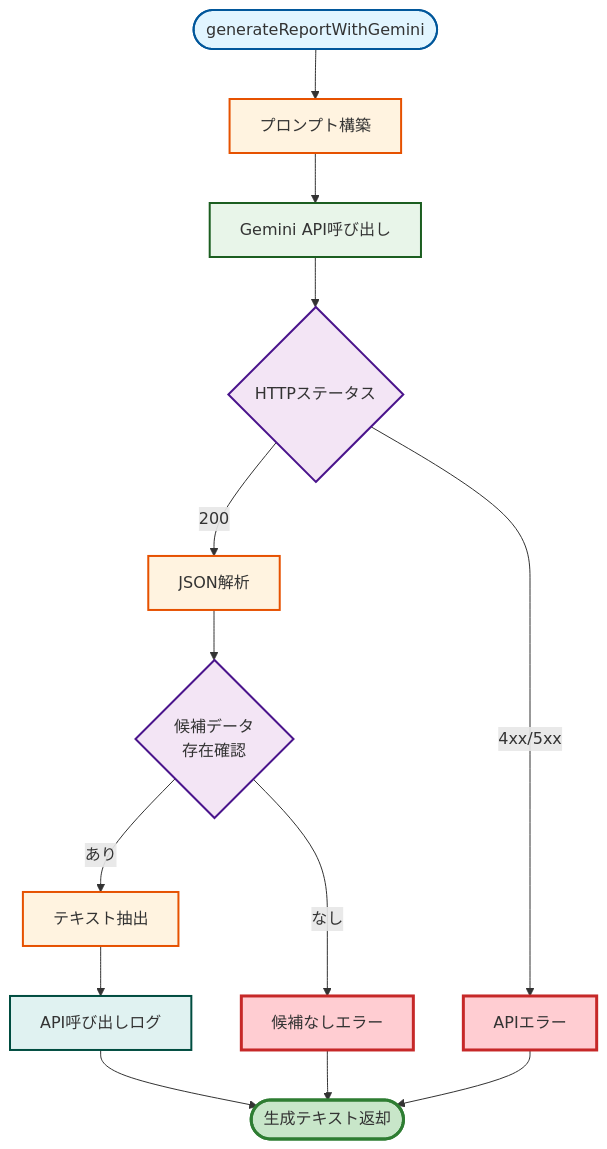
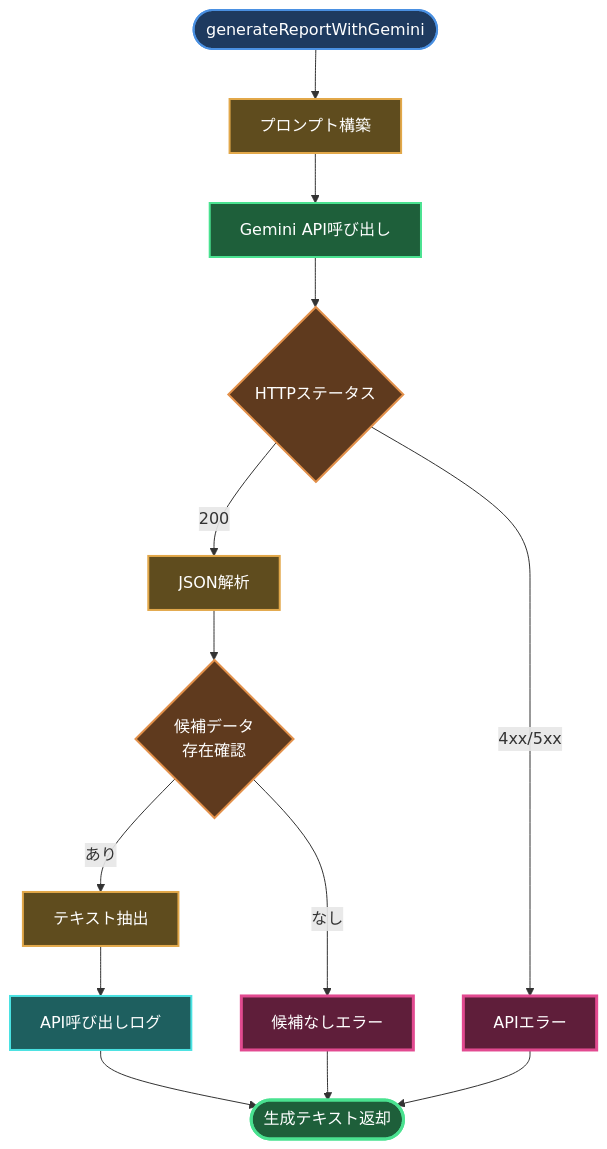
Before and after one commit to tasai-lab/appsheet-gas-automation: the third of 5 diagrams in gas_projects/Appsheet_訪問看護_報告書/FLOW.md, drawn with Mermaid. The commit also changed other lines of this file and 13 other files, not shown here.

````diff
--- a/gas_projects/Appsheet_訪問看護_報告書/FLOW.md
+++ b/gas_projects/Appsheet_訪問看護_報告書/FLOW.md
@@ -64,28 +64,28 @@
 ```mermaid
 graph TB
     Start([generateReportWithGemini]):::entry --> BuildPrompt[プロンプト構築]:::process
 
     BuildPrompt --> CallAPI[Gemini API呼び出し]:::gemini
 
     CallAPI --> CheckStatus{HTTPステータス}:::decision
     CheckStatus -->|200| ParseJSON[JSON解析]:::process
     CheckStatus -->|4xx/5xx| APIError[APIエラー]:::error
 
     ParseJSON --> ValidateResponse{候補データ<br/>存在確認}:::decision
     ValidateResponse -->|あり| ExtractText[テキスト抽出]:::process
     ValidateResponse -->|なし| NoCandidate[候補なしエラー]:::error
 
     ExtractText --> LogAPI[API呼び出しログ]:::log
     LogAPI --> Return([生成テキスト返却]):::success
 
     APIError --> Return
     NoCandidate --> Return
 
-    classDef entry fill:#e1f5ff,stroke:#01579b,stroke-width:2px
-    classDef process fill:#fff3e0,stroke:#e65100,stroke-width:2px
-    classDef decision fill:#f3e5f5,stroke:#4a148c,stroke-width:2px
-    classDef gemini fill:#e8f5e9,stroke:#1b5e20,stroke-width:2px
-    classDef log fill:#e0f2f1,stroke:#004d40,stroke-width:2px
-    classDef success fill:#c8e6c9,stroke:#2e7d32,stroke-width:3px
-    classDef error fill:#ffcdd2,stroke:#c62828,stroke-width:3px
+    classDef entry fill:#1e3a5f,stroke:#4a90e2,stroke-width:2px,color:#fff
+    classDef process fill:#5f4c1e,stroke:#e2a84a,stroke-width:2px,color:#fff
+    classDef decision fill:#5f3a1e,stroke:#e2904a,stroke-width:2px,color:#fff
+    classDef gemini fill:#1e5f3a,stroke:#4ae290,stroke-width:2px,color:#fff
+    classDef log fill:#1e5f5f,stroke:#4ae2e2,stroke-width:2px,color:#fff
+    classDef success fill:#1e5f3a,stroke:#4ae290,stroke-width:3px,color:#fff
+    classDef error fill:#5f1e3a,stroke:#e24a90,stroke-width:3px,color:#fff
 ```
````
